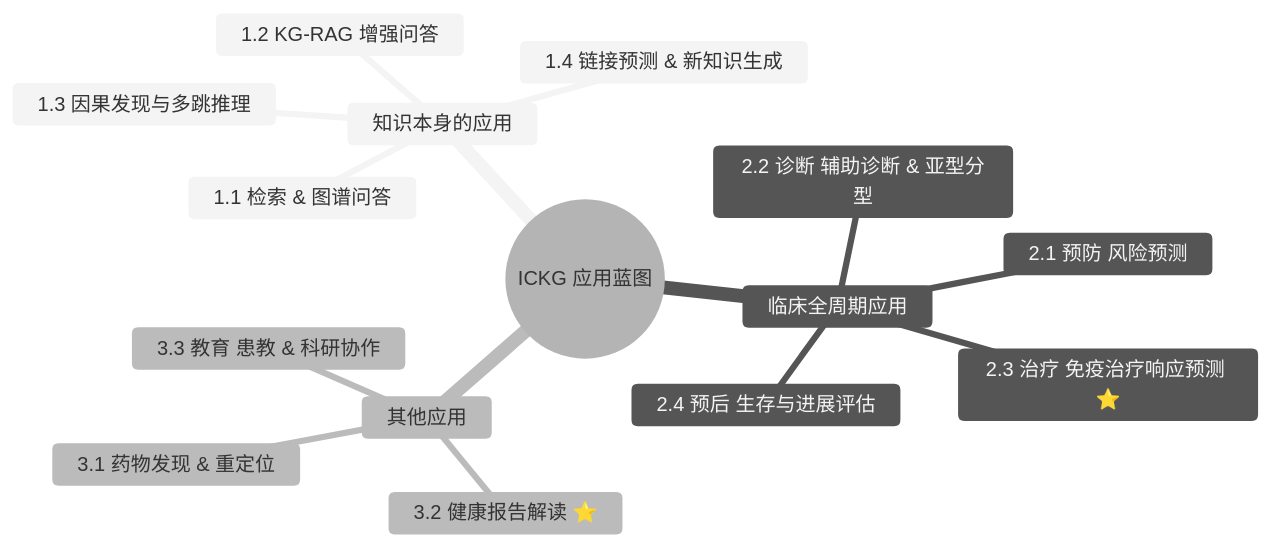
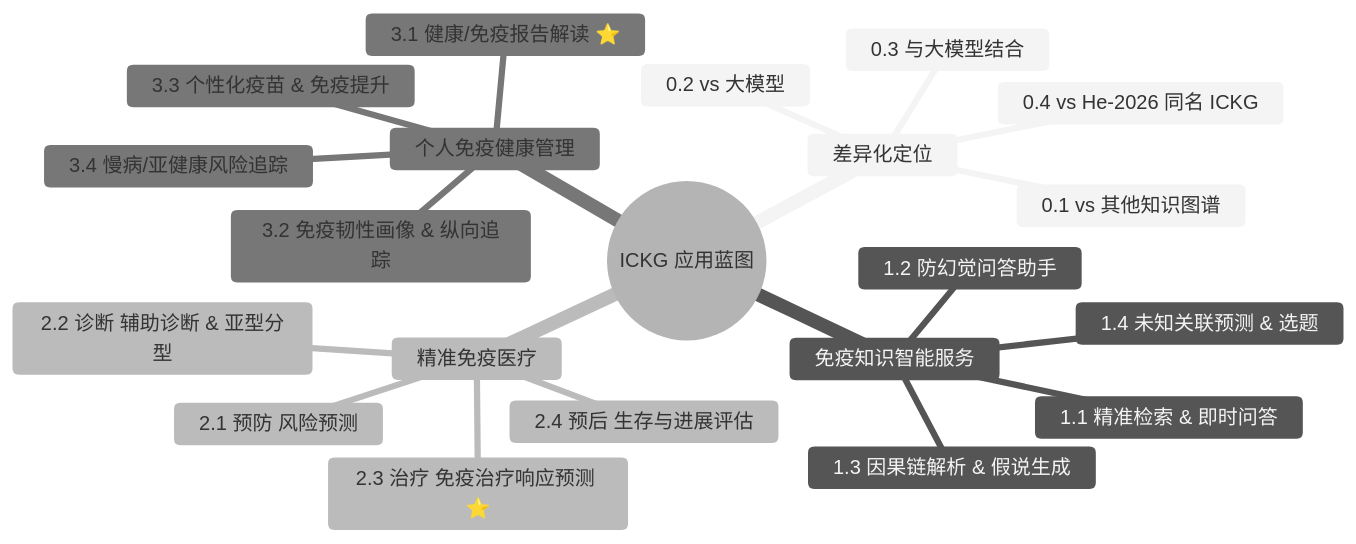
One commit to ThinkingUniverse/ICKG changed the diagram in presentation/application/README.md. Above: the diagram before and after it, drawn with Mermaid (neutral theme). The commit also changed other lines of this file and 35 other files, not shown here.

````diff
--- a/presentation/application/README.md
+++ b/presentation/application/README.md
@@ -28,18 +41,24 @@
 ```mermaid
 mindmap
   root((ICKG 应用蓝图))
-    知识本身的应用
-      1.1 检索 & 图谱问答
-      1.2 KG-RAG 增强问答
-      1.3 因果发现与多跳推理
-      1.4 链接预测 & 新知识生成
-    临床全周期应用
+    差异化定位
+      0.1 vs 其他知识图谱
+      0.2 vs 大模型
+      0.3 与大模型结合
+      0.4 vs He-2026 同名 ICKG
+    免疫知识智能服务
+      1.1 精准检索 & 即时问答
+      1.2 防幻觉问答助手
+      1.3 因果链解析 & 假说生成
+      1.4 未知关联预测 & 选题
+    精准免疫医疗
       2.1 预防 风险预测
       2.2 诊断 辅助诊断 & 亚型分型
       2.3 治疗 免疫治疗响应预测 ⭐
       2.4 预后 生存与进展评估
-    其他应用
-      3.1 药物发现 & 重定位
-      3.2 健康报告解读 ⭐
-      3.3 教育 患教 & 科研协作
+    个人免疫健康管理
+      3.1 健康/免疫报告解读 ⭐
+      3.2 免疫韧性画像 & 纵向追踪
+      3.3 个性化疫苗 & 免疫提升
+      3.4 慢病/亚健康风险追踪
 ```
````
